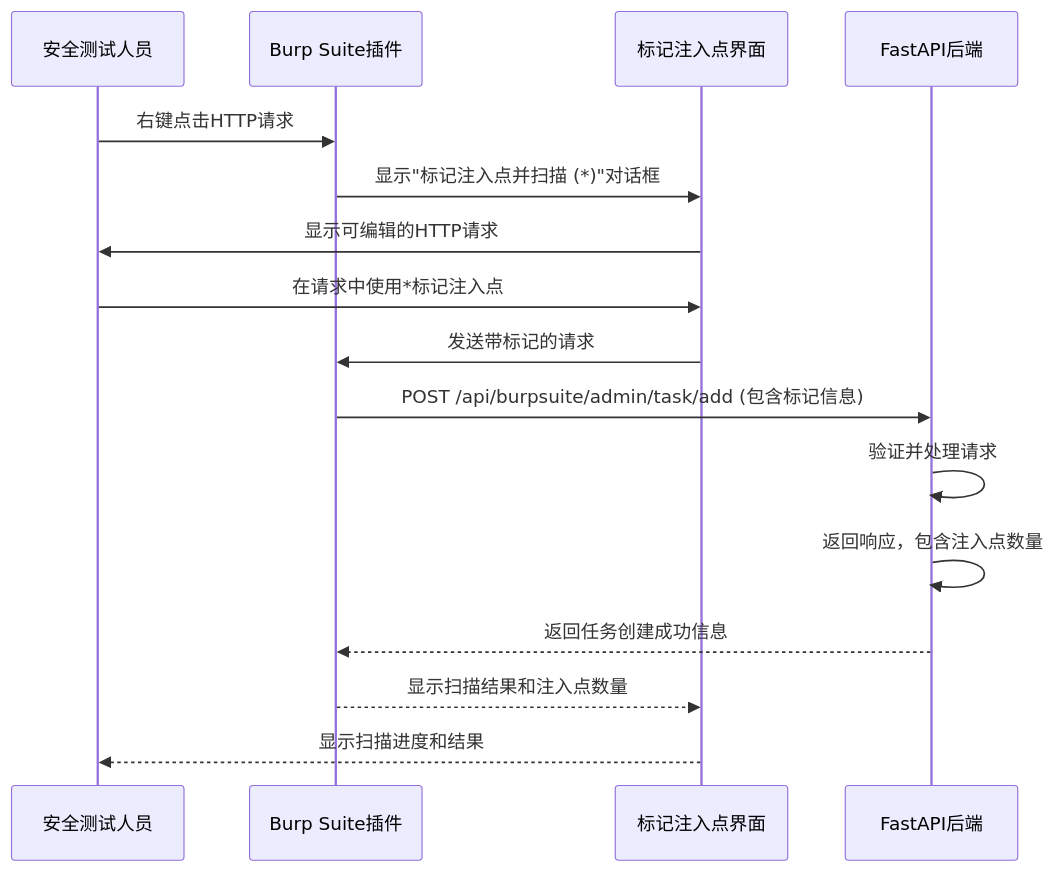
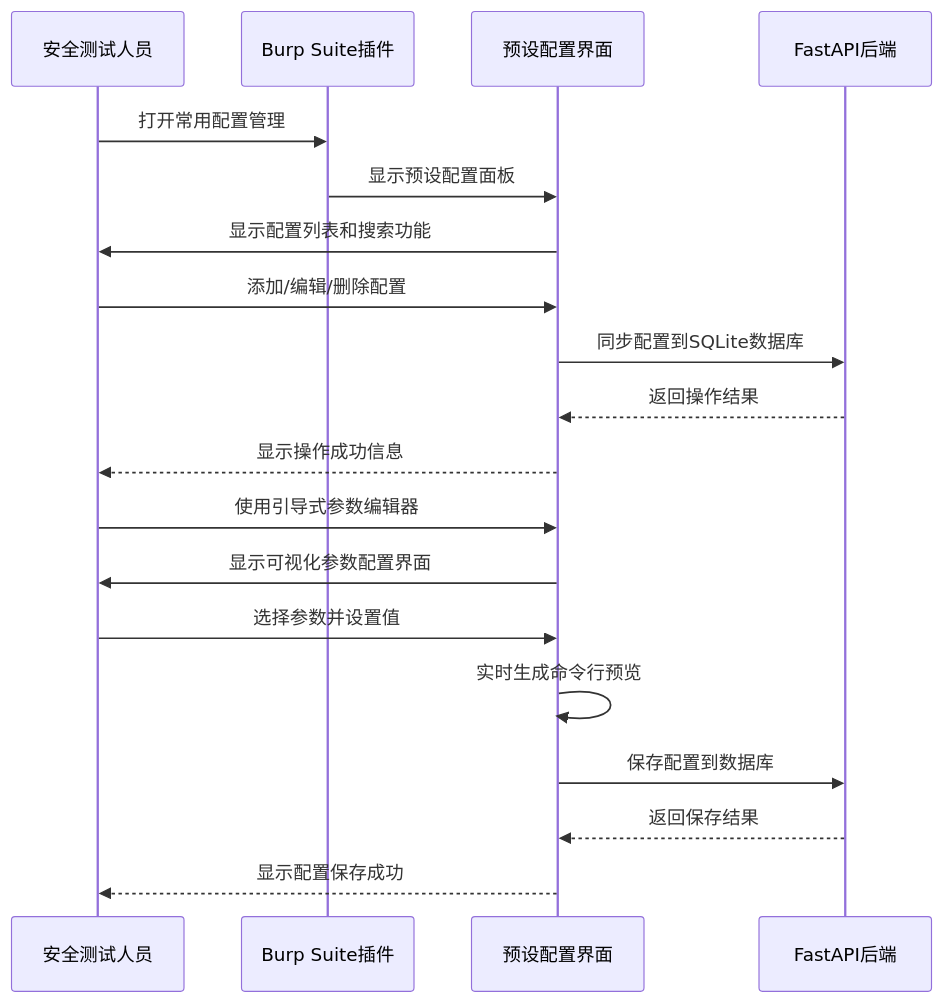
The third of 10 diagrams in .qoder/repowiki/zh/content/外部系统集成/Burp Suite插件集成.md (GitHubNull/sqlmapWebUI), drawn with Mermaid before and after one commit. The commit also changed other lines of this file and 9 other files, not shown here.

First line of the commit message:
docs(architecture): 添加引导式参数编辑器、扫描配置解析器和预设配置管理文档

````diff
--- a/.qoder/repowiki/zh/content/外部系统集成/Burp Suite插件集成.md
+++ b/.qoder/repowiki/zh/content/外部系统集成/Burp Suite插件集成.md
@@ -112,18 +117,21 @@
 ```mermaid
 sequenceDiagram
 participant Tester as 安全测试人员
 participant Burp as Burp Suite插件
-participant UI as 标记注入点界面
+participant UI as 预设配置界面
 participant API as FastAPI后端
-Tester->>Burp : 右键点击HTTP请求
-Burp->>UI : 显示"标记注入点并扫描 (*)"对话框
-UI->>Tester : 显示可编辑的HTTP请求
-Tester->>UI : 在请求中使用*标记注入点
-UI->>Burp : 发送带标记的请求
-Burp->>API : POST /api/burpsuite/admin/task/add (包含标记信息)
-API->>API : 验证并处理请求
-API->>API : 返回响应，包含注入点数量
-API-->>Burp : 返回任务创建成功信息
-Burp-->>UI : 显示扫描结果和注入点数量
-UI-->>Tester : 显示扫描进度和结果
+Tester->>Burp : 打开常用配置管理
+Burp->>UI : 显示预设配置面板
+UI->>Tester : 显示配置列表和搜索功能
+Tester->>UI : 添加/编辑/删除配置
+UI->>API : 同步配置到SQLite数据库
+API-->>UI : 返回操作结果
+UI-->>Tester : 显示操作成功信息
+Tester->>UI : 使用引导式参数编辑器
+UI->>Tester : 显示可视化参数配置界面
+Tester->>UI : 选择参数并设置值
+UI->>UI : 实时生成命令行预览
+UI->>API : 保存配置到数据库
+API-->>UI : 返回保存结果
+UI-->>Tester : 显示配置保存成功
 ```
````
